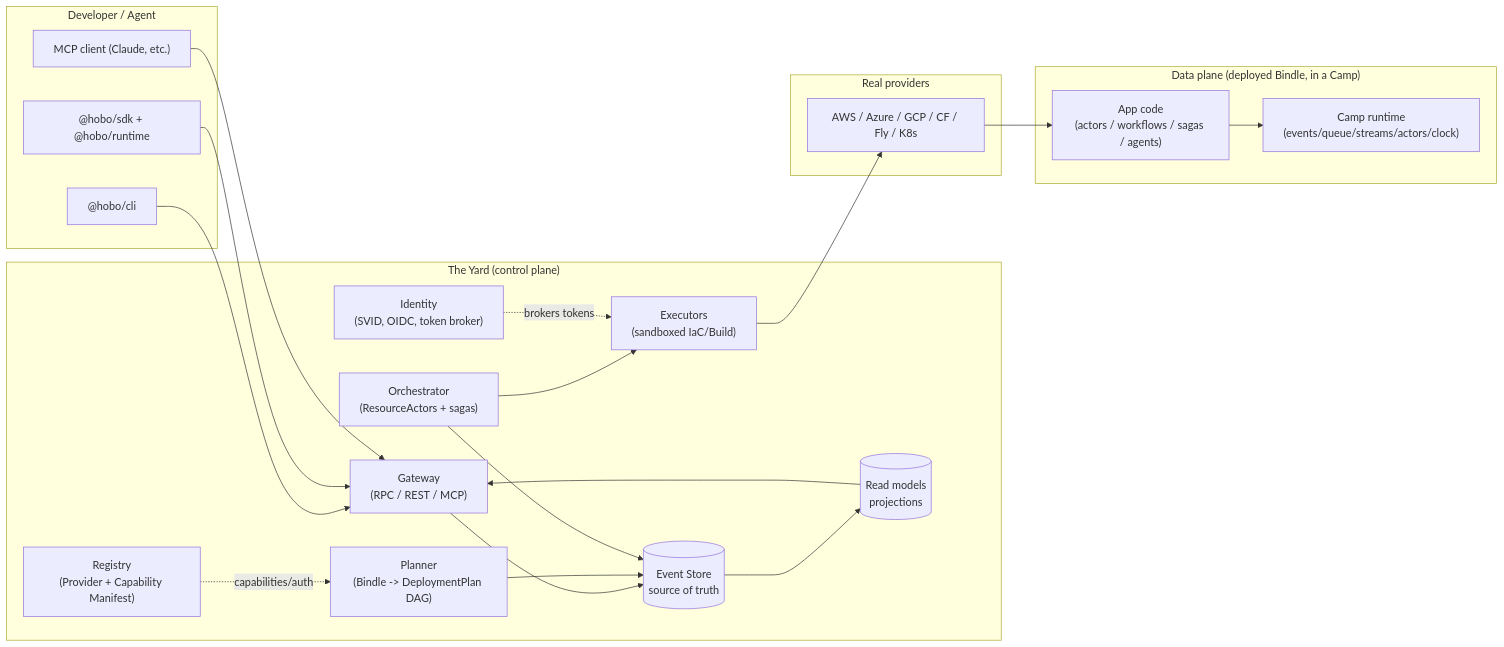
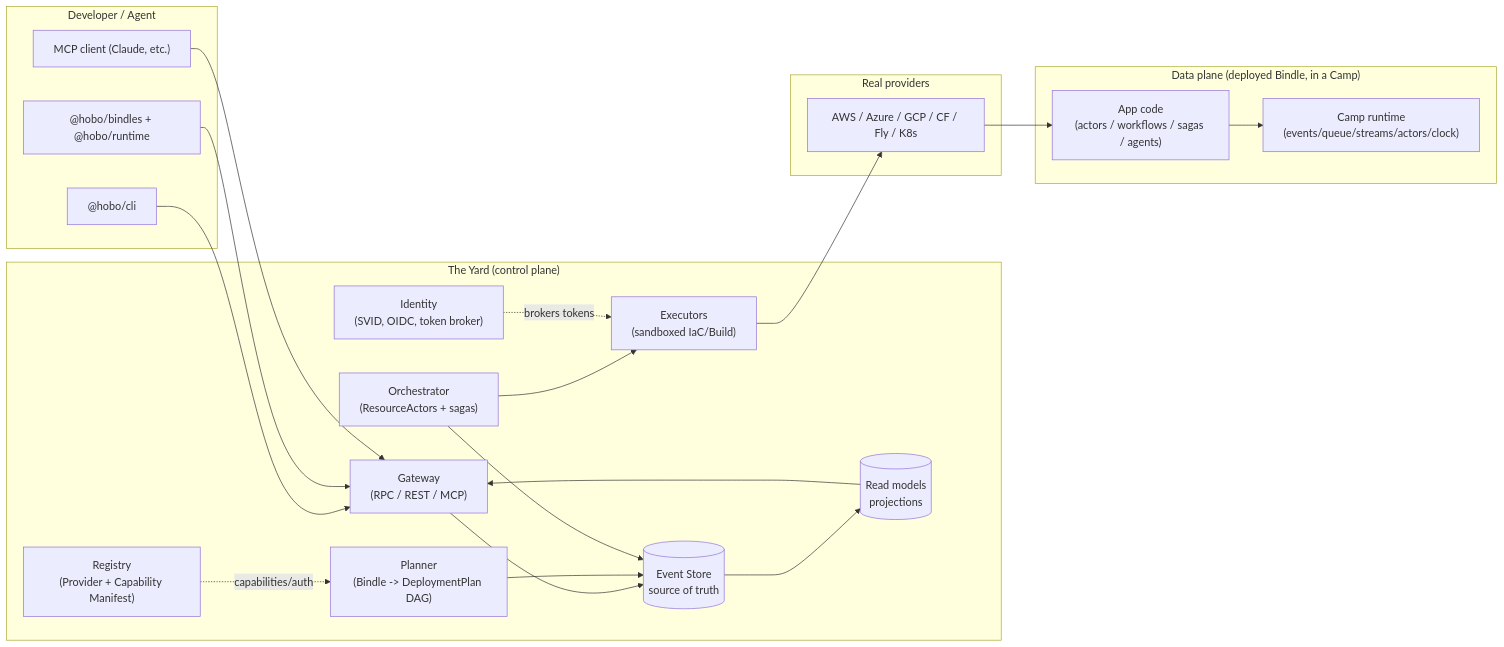
One commit to Tyler-R-Kendrick/HoBo changed the diagram in docs/design/architecture.md. Above: the diagram before and after it, drawn with Mermaid. The commit also changed other lines of this file and 18 other files, not shown here.

````diff
--- a/docs/design/architecture.md
+++ b/docs/design/architecture.md
@@ -24,41 +24,41 @@
 ```mermaid
 flowchart LR
   subgraph Dev["Developer / Agent"]
-    SDK["@hobo/sdk + @hobo/runtime"]
+    SDK["@hobo/bindles + @hobo/runtime"]
     CLI["@hobo/cli"]
     MCP["MCP client (Claude, etc.)"]
   end
 
   subgraph Yard["The Yard (control plane)"]
     GW["Gateway<br/>(RPC / REST / MCP)"]
     ID["Identity<br/>(SVID, OIDC, token broker)"]
     REG["Registry<br/>(Provider + Capability Manifest)"]
     PL["Planner<br/>(Bindle -> DeploymentPlan DAG)"]
     OR["Orchestrator<br/>(ResourceActors + sagas)"]
     EX["Executors<br/>(sandboxed IaC/Build)"]
     ES[("Event Store<br/>source of truth")]
     RM[("Read models<br/>projections")]
   end
 
   subgraph Cloud["Real providers"]
     CLOUDS["AWS / Azure / GCP / CF / Fly / K8s"]
   end
 
   subgraph Data["Data plane (deployed Bindle, in a Camp)"]
     APP["App code<br/>(actors / workflows / sagas / agents)"]
     RT["Camp runtime<br/>(events/queue/streams/actors/clock)"]
   end
 
   CLI & SDK & MCP --> GW
   GW --> ES
   PL --> ES
   OR --> ES
   OR --> EX
   EX --> CLOUDS
   ID -. brokers tokens .-> EX
   REG -. capabilities/auth .-> PL
   ES --> RM
   RM --> GW
   CLOUDS --> APP
   APP --> RT
 ```
````
